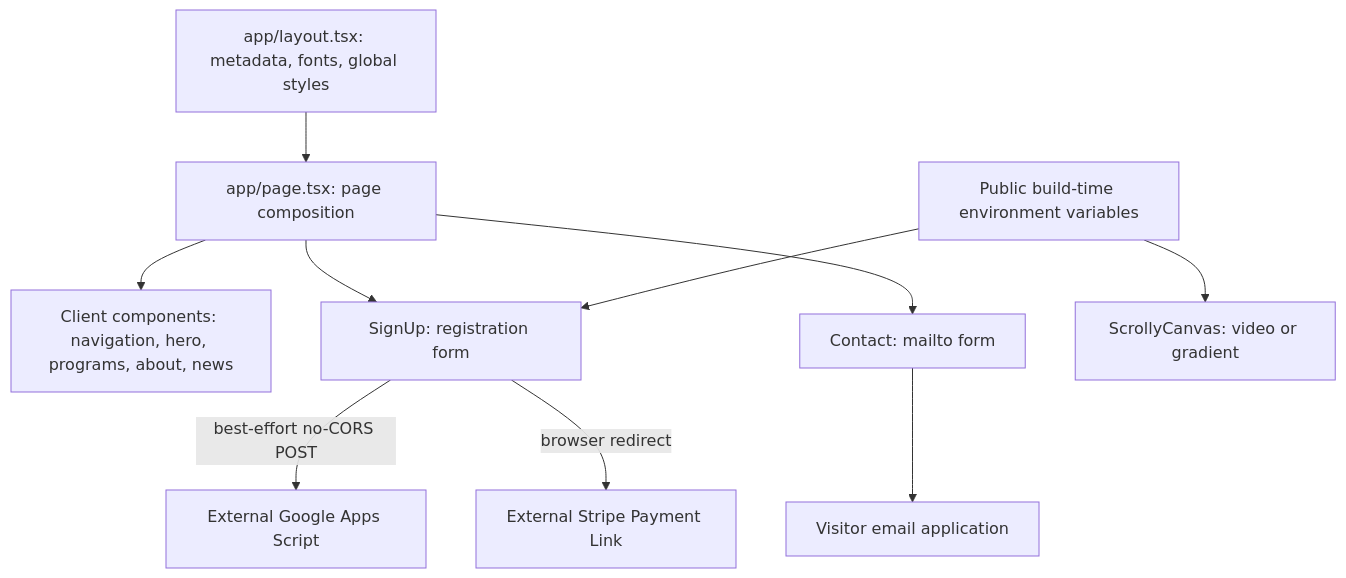
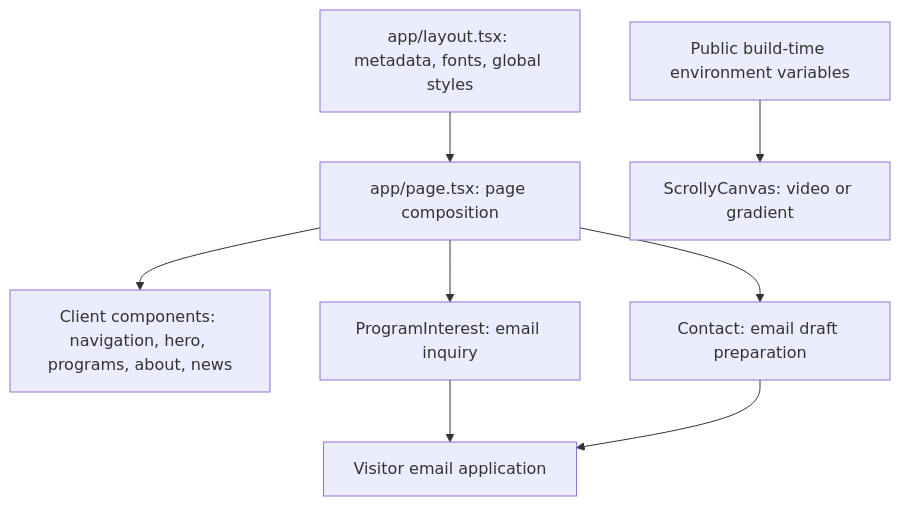
Before and after one commit to kasimomar/midnimo-athletics: the diagram in README.md, drawn with Mermaid. The commit also changed other lines of this file and 19 other files, not shown here.

````diff
--- a/README.md
+++ b/README.md
@@ -30,12 +30,10 @@
 ```mermaid
 flowchart TD
     Layout[app/layout.tsx: metadata, fonts, global styles] --> Page[app/page.tsx: page composition]
     Page --> Sections[Client components: navigation, hero, programs, about, news]
-    Page --> Signup[SignUp: registration form]
-    Page --> Contact[Contact: mailto form]
+    Page --> Interest[ProgramInterest: email inquiry]
+    Page --> Contact[Contact: email draft preparation]
     Config[Public build-time environment variables] --> Hero[ScrollyCanvas: video or gradient]
-    Config --> Signup
-    Signup -->|best-effort no-CORS POST| Script[External Google Apps Script]
-    Signup -->|browser redirect| Stripe[External Stripe Payment Link]
-    Contact --> Email[Visitor email application]
+    Interest --> Email[Visitor email application]
+    Contact --> Email
 ```
````
